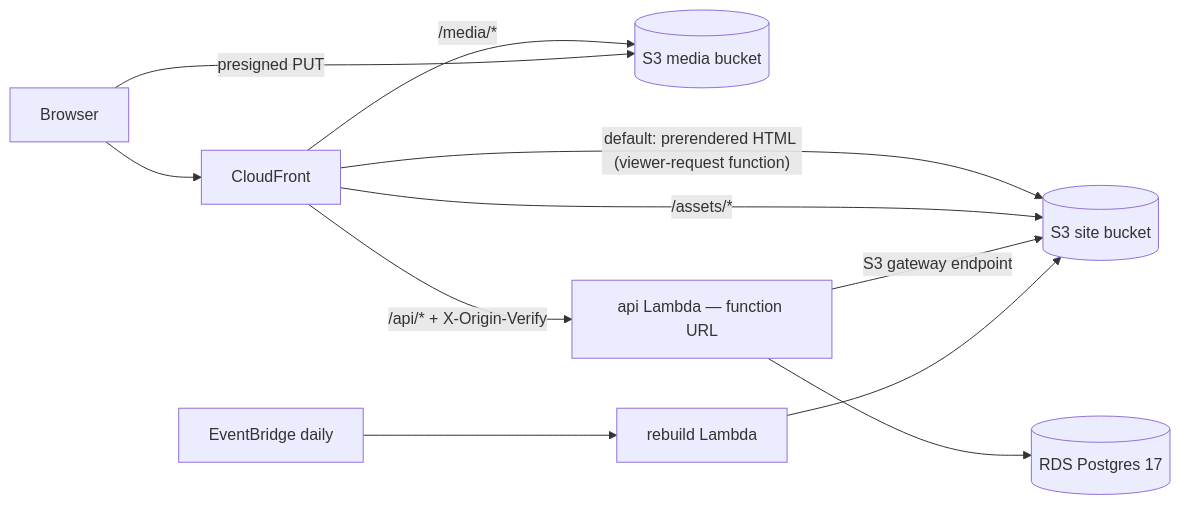
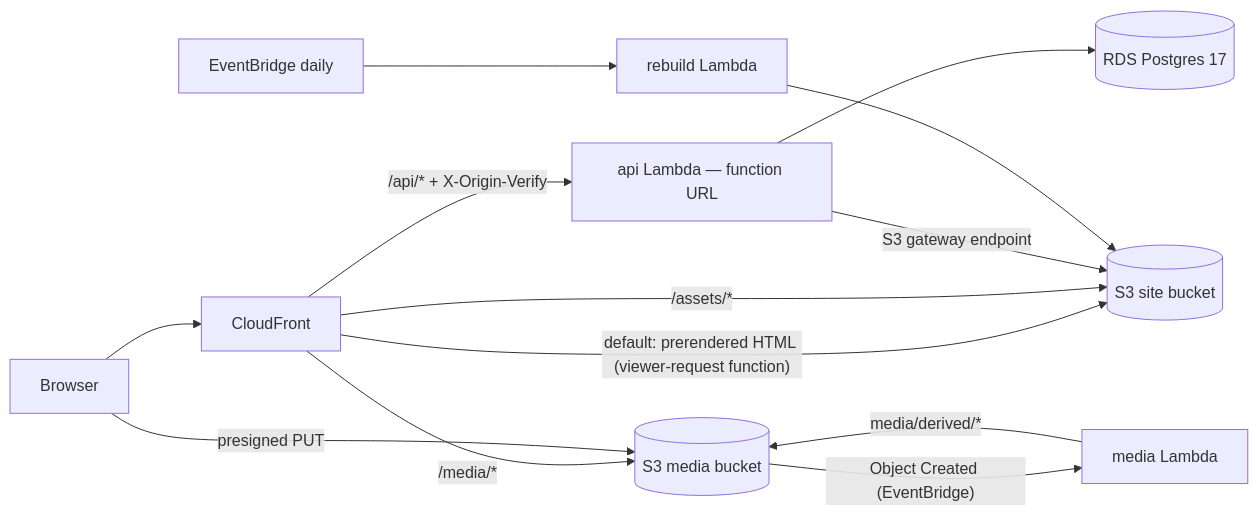
One commit to joshuajnet/twelveten changed the diagram in ARCHITECTURE.md. Above: the diagram before and after it, drawn with Mermaid. The commit also changed other lines of this file and 83 other files, not shown here.

````diff
--- a/ARCHITECTURE.md
+++ b/ARCHITECTURE.md
@@ -276,12 +300,13 @@
   ```mermaid
   flowchart LR
     V[Browser] --> CF[CloudFront]
     CF -- "default: prerendered HTML (viewer-request function)" --> SB[(S3 site bucket)]
     CF -- "/assets/*" --> SB
     CF -- "/media/*" --> MB[(S3 media bucket)]
     CF -- "/api/* + X-Origin-Verify" --> FN[api Lambda — function URL]
     FN --> DB[(RDS Postgres 17)]
     FN -- "S3 gateway endpoint" --> SB
     V -- "presigned PUT" --> MB
     EB[EventBridge daily] --> RB[rebuild Lambda] --> SB
+    MB -- "Object Created (EventBridge)" --> MF[media Lambda] -- "media/derived/*" --> MB
   ```
````
